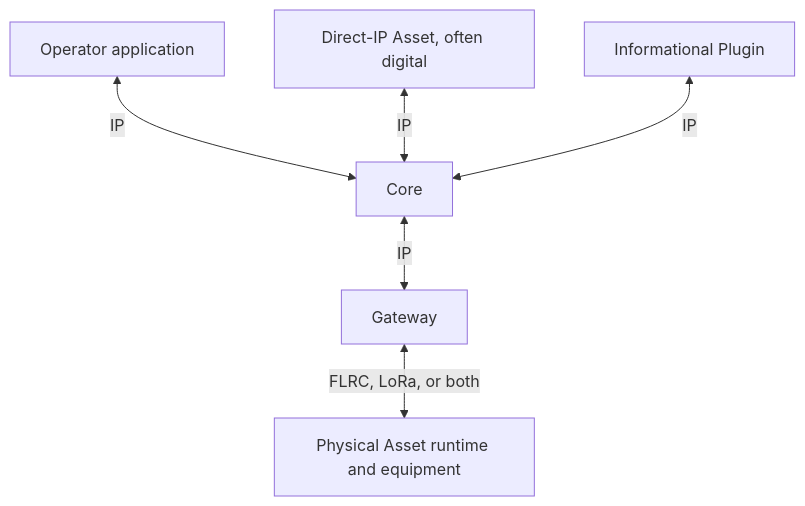
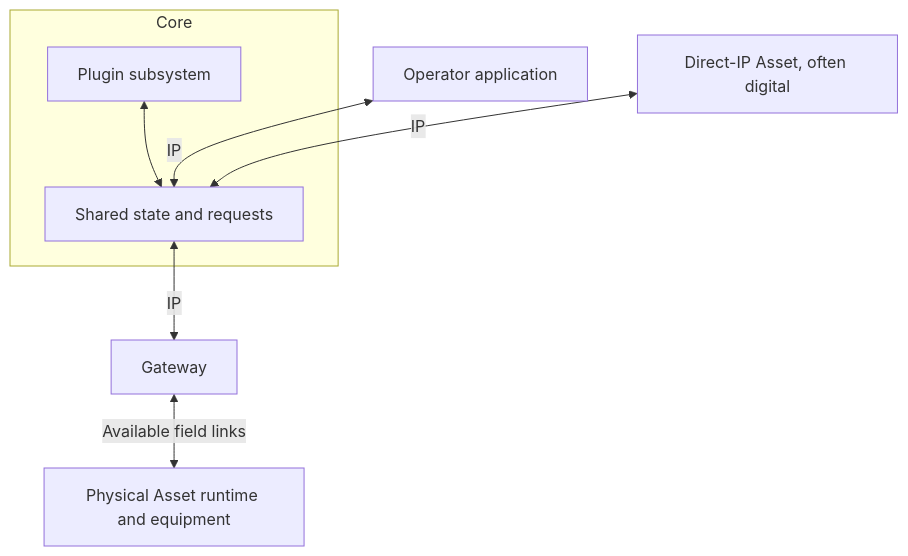
The diagram in atlas/using-atlas.md (atlas-field-systems/atlas), drawn with Mermaid before and after one commit. The commit also changed other lines of this file and 3 other files, not shown here.

````diff
--- a/atlas/using-atlas.md
+++ b/atlas/using-atlas.md
@@ -9,8 +9,11 @@
 ```mermaid
 flowchart TD
-    U[Operator application] <-->|IP| C[Core]
+    subgraph Core
+        C[Shared state and requests]
+        P[Plugin subsystem] <--> C
+    end
+    U[Operator application] <-->|IP| C
     C <-->|IP| G[Gateway]
-    G <-->|FLRC, LoRa, or both| A[Physical Asset runtime and equipment]
+    G <-->|Available field links| A[Physical Asset runtime and equipment]
     D[Direct-IP Asset, often digital] <-->|IP| C
-    P[Informational Plugin] <-->|IP| C
 ```
````
